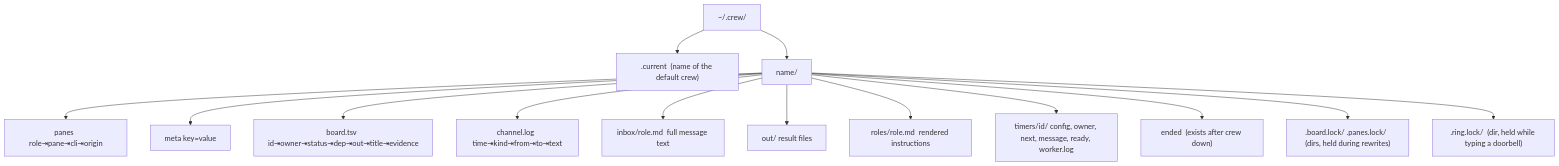
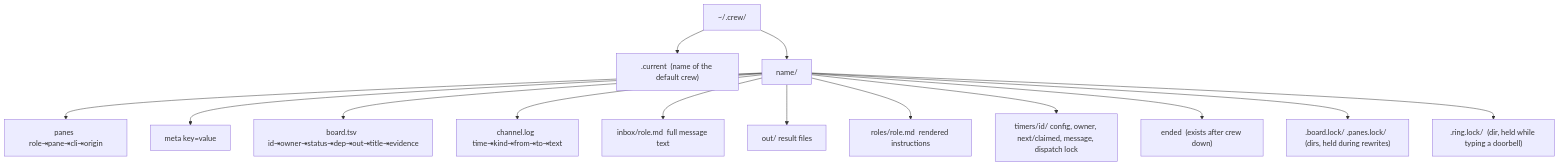
Before and after one commit to mifwar/crew: the diagram in lode/architecture/state-files.md, drawn with Mermaid. The commit also changed other lines of this file and 9 other files, not shown here.

````diff
--- a/lode/architecture/state-files.md
+++ b/lode/architecture/state-files.md
@@ -6,16 +6,16 @@
 ```mermaid
 flowchart TD
   home["~/.crew/"] --> cur[".current  (name of the default crew)"]
   home --> d["name/"]
   d --> panes["panes  role⇥pane⇥cli⇥origin"]
   d --> meta["meta  key=value"]
   d --> board["board.tsv  id⇥owner⇥status⇥dep⇥out⇥title⇥evidence"]
   d --> log["channel.log  time⇥kind⇥from⇥to⇥text"]
   d --> inbox["inbox/role.md  full message text"]
   d --> out["out/  result files"]
   d --> roles["roles/role.md  rendered instructions"]
-  d --> timers["timers/id/ config, owner, next, message, ready, worker.log"]
+  d --> timers["timers/id/ config, owner, next/claimed, message, dispatch lock"]
   d --> ended["ended  (exists after crew down)"]
   d --> lock[".board.lock/ .panes.lock/  (dirs, held during rewrites)"]
   d --> rlock[".ring<pane>.lock/  (dir, held while typing a doorbell)"]
 ```
````
